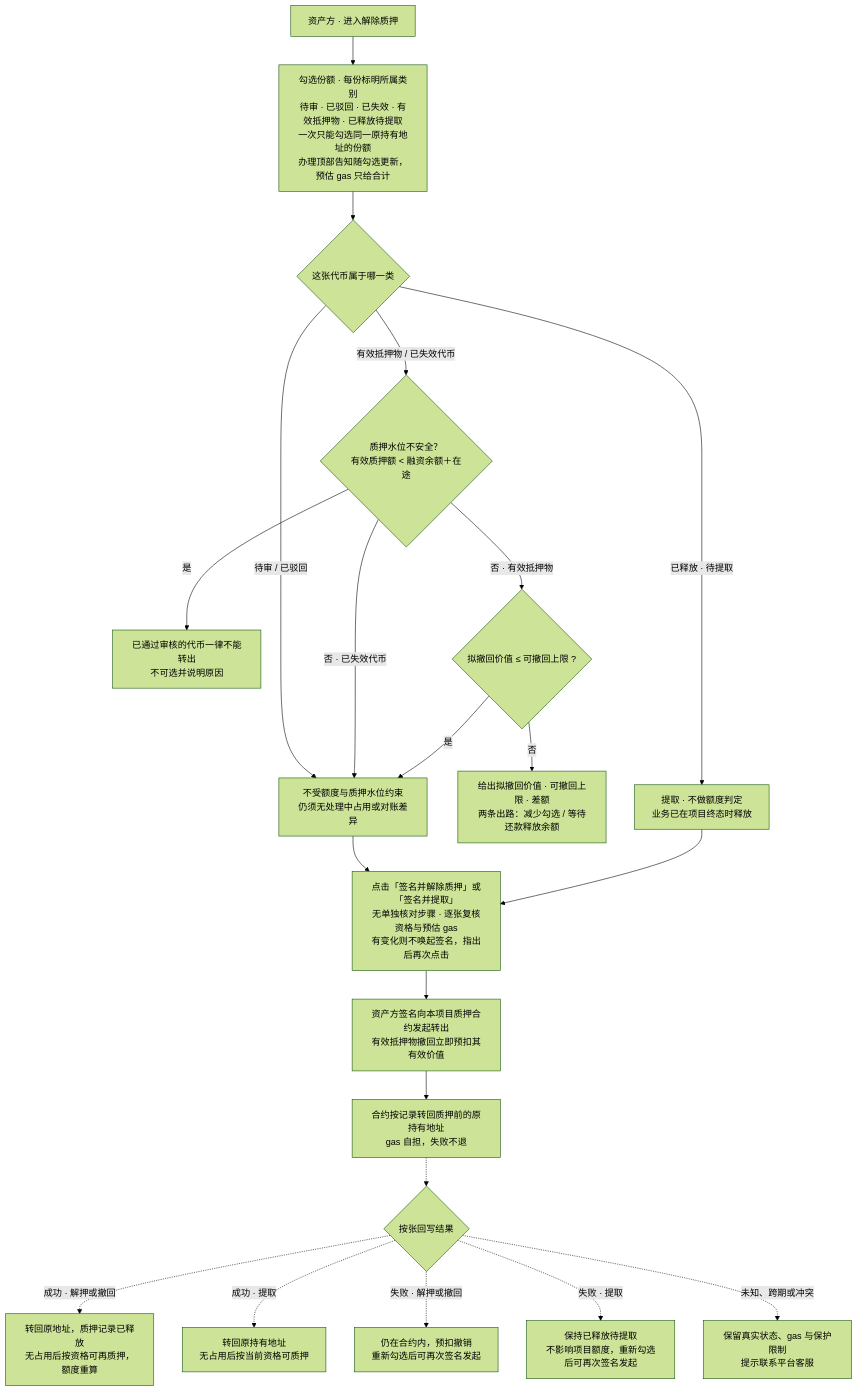
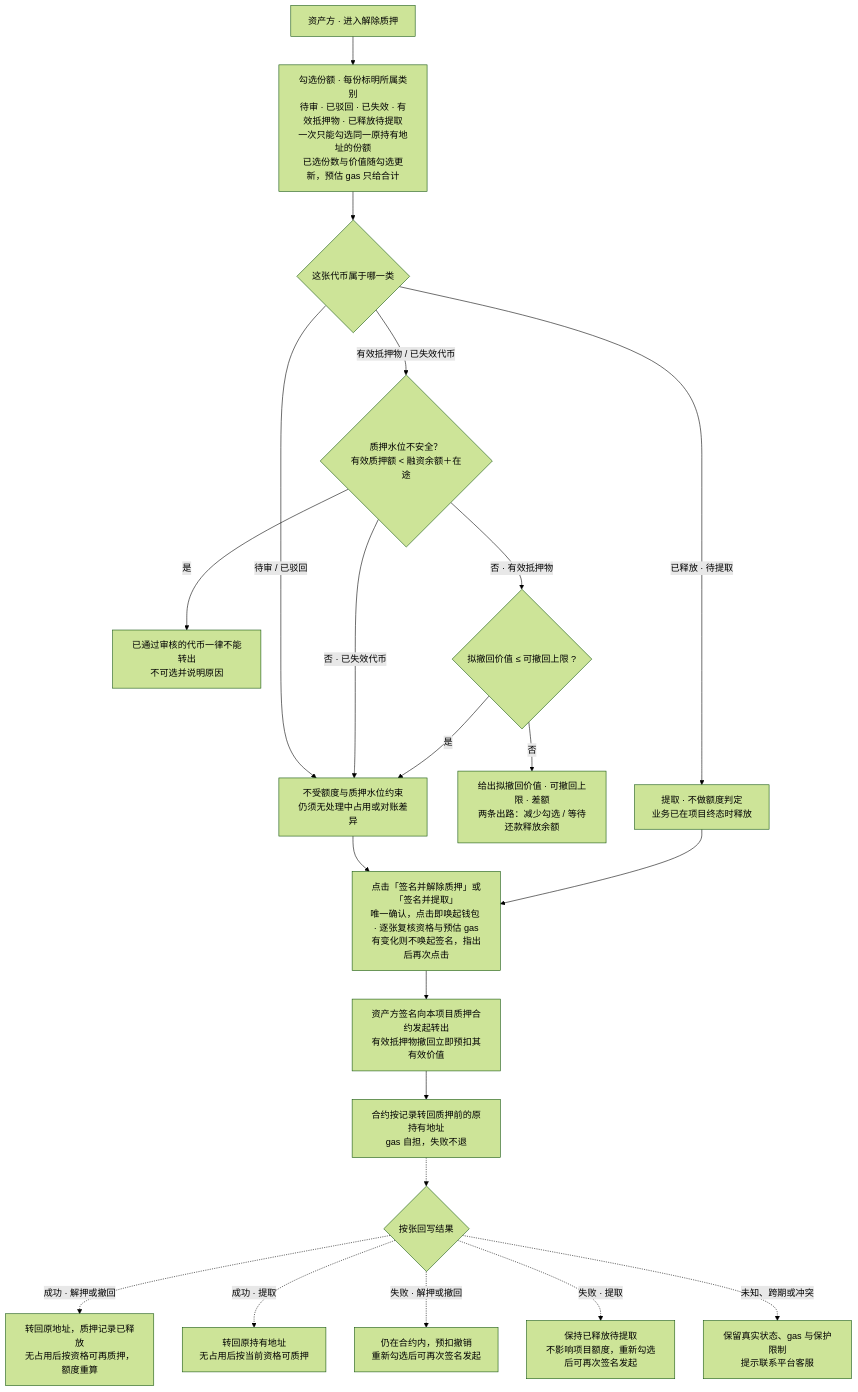
Before and after one commit to wxblockchain/Chain-Financing: the third of 10 diagrams in lending-platform/PRD/面客端/05-借贷广场-融资需求与代币质押/02-融资需求与代币质押-流程图与状态机.md, drawn with Mermaid (forest theme). The commit also changed other lines of this file and 2 other files, not shown here.

Commit message:
docs(WS-374,WS-397): trim pledge, release and collection signing to what the user needs
The user asked to drop the signing address and shrink the statistics so token
selection is the focus.
- Always visible next to the sign action: selected shares and their value, one
  estimated gas total, and one consequence sentence.
- Shown only when they apply: ending a pending review, the withdrawable-limit
  comparison, the frequent-operation hint. The water-level reason is stated
  once.
- No longer listed in the dialog: signing address, held-quantity total, target
  contract address (it stays on the project detail; signing still targets
  only this project's contract).
- The sign action remains the only confirmation. One page or a select/sign
  split is a design choice; the second step only summarises and holds the
  sign action, and going back keeps the selection.
Flowchart nodes and AC-LS-97/116/132/156/166/167/181/184 follow.

````diff
--- a/lending-platform/PRD/面客端/05-借贷广场-融资需求与代币质押/02-融资需求与代币质押-流程图与状态机.md
+++ b/lending-platform/PRD/面客端/05-借贷广场-融资需求与代币质押/02-融资需求与代币质押-流程图与状态机.md
@@ -88,23 +88,23 @@
 ```mermaid
 flowchart TD
-  A["资产方 · 进入解除质押"] --> B["勾选份额 · 每份标明所属类别<br/>待审 · 已驳回 · 已失效 · 有效抵押物 · 已释放待提取<br/>一次只能勾选同一原持有地址的份额<br/>办理顶部告知随勾选更新，预估 gas 只给合计"]
+  A["资产方 · 进入解除质押"] --> B["勾选份额 · 每份标明所属类别<br/>待审 · 已驳回 · 已失效 · 有效抵押物 · 已释放待提取<br/>一次只能勾选同一原持有地址的份额<br/>已选份数与价值随勾选更新，预估 gas 只给合计"]
   B --> C{"这张代币属于哪一类"}
   C -- "待审 / 已驳回" --> D["不受额度与质押水位约束<br/>仍须无处理中占用或对账差异"]
   C -- "有效抵押物 / 已失效代币" --> W{"质押水位不安全？<br/>有效质押额 < 融资余额＋在途"}
   W -- "是" --> X["已通过审核的代币一律不能转出<br/>不可选并说明原因"]
   W -- "否 · 已失效代币" --> D
   W -- "否 · 有效抵押物" --> E{"拟撤回价值 ≤ 可撤回上限 ?"}
   E -- "否" --> F["给出拟撤回价值 · 可撤回上限 · 差额<br/>两条出路：减少勾选 / 等待还款释放余额"]
   E -- "是" --> D
   C -- "已释放 · 待提取" --> G["提取 · 不做额度判定<br/>业务已在项目终态时释放"]
-  D --> CONF["点击「签名并解除质押」或「签名并提取」<br/>无单独核对步骤 · 逐张复核资格与预估 gas<br/>有变化则不唤起签名，指出后再次点击"]
+  D --> CONF["点击「签名并解除质押」或「签名并提取」<br/>唯一确认，点击即唤起钱包 · 逐张复核资格与预估 gas<br/>有变化则不唤起签名，指出后再次点击"]
   G --> CONF
   CONF --> H["资产方签名向本项目质押合约发起转出<br/>有效抵押物撤回立即预扣其有效价值"]
   H --> I["合约按记录转回质押前的原持有地址<br/>gas 自担，失败不退"]
   I -.-> J{"按张回写结果"}
   J -. "成功 · 解押或撤回" .-> K["转回原地址，质押记录已释放<br/>无占用后按资格可再质押，额度重算"]
   J -. "成功 · 提取" .-> L["转回原持有地址<br/>无占用后按当前资格可质押"]
   J -. "失败 · 解押或撤回" .-> M["仍在合约内，预扣撤销<br/>重新勾选后可再次签名发起"]
   J -. "失败 · 提取" .-> N["保持已释放待提取<br/>不影响项目额度，重新勾选后可再次签名发起"]
   J -. "未知、跨期或冲突" .-> O["保留真实状态、gas 与保护限制<br/>提示联系平台客服"]
 ```
````
